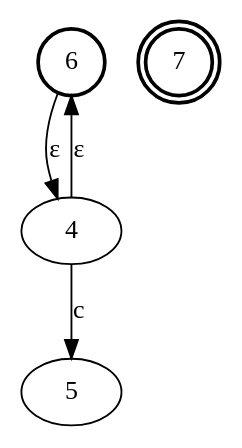
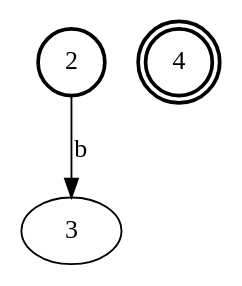
The diagram in nfa.gv (KennethGalvez/DLP-LabA), drawn with Graphviz before and after one commit. The commit also changed 2 other files, not shown here.

```diff
--- a/nfa.gv
+++ b/nfa.gv
@@ -1,8 +1,6 @@
 // NFA
 digraph {
-	6 [shape=circle style=bold]
-	7 [shape=doublecircle style=bold]
-	6 -> 4 [label="ε"]
-	4 -> 5 [label=c]
-	4 -> 6 [label="ε"]
+	2 [shape=circle style=bold]
+	4 [shape=doublecircle style=bold]
+	2 -> 3 [label=b]
 }
```
